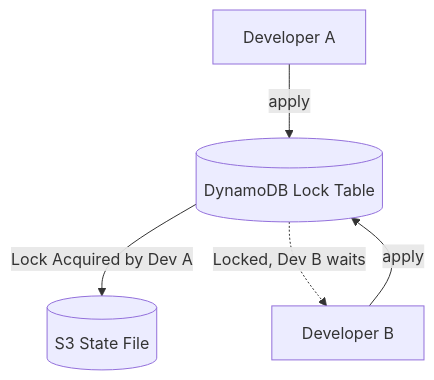
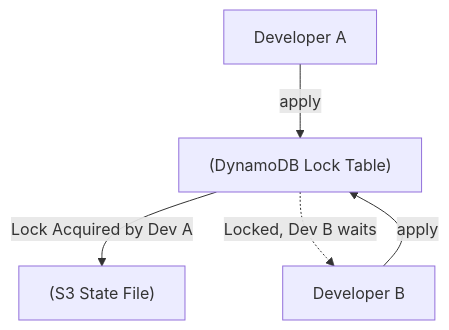
One commit to kenjinote/blog changed the fourth of 5 diagrams in content/post/iac-infrastructure-as-code-terraform/index.md. Above: the diagram before and after it, drawn with Mermaid. The commit also changed other lines of this file and 929 other files, not shown here.

Commit message:
fix: Add double quotes to all Mermaid node texts to resolve syntax errors

````diff
--- a/content/post/iac-infrastructure-as-code-terraform/index.md
+++ b/content/post/iac-infrastructure-as-code-terraform/index.md
@@ -205,7 +205,7 @@
 ```mermaid
 flowchart TD
-    DevA[Developer A] -->|apply| Lock[(DynamoDB Lock Table)]
-    DevB[Developer B] -->|apply| Lock
-    Lock -->|Lock Acquired by Dev A| S3[(S3 State File)]
+    DevA["Developer A"] -->|apply| Lock["(DynamoDB Lock Table)"]
+    DevB["Developer B"] -->|apply| Lock
+    Lock -->|Lock Acquired by Dev A| S3["(S3 State File)"]
     Lock -.->|Locked, Dev B waits| DevB
 ```
````
